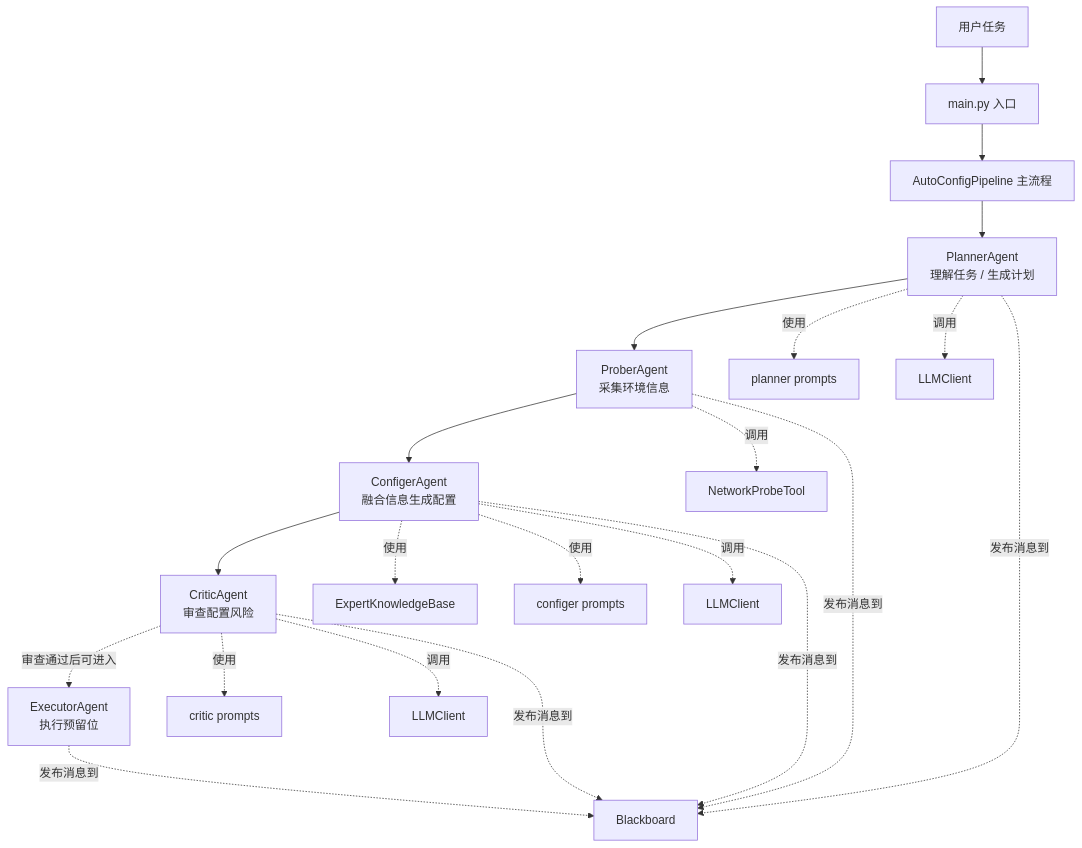
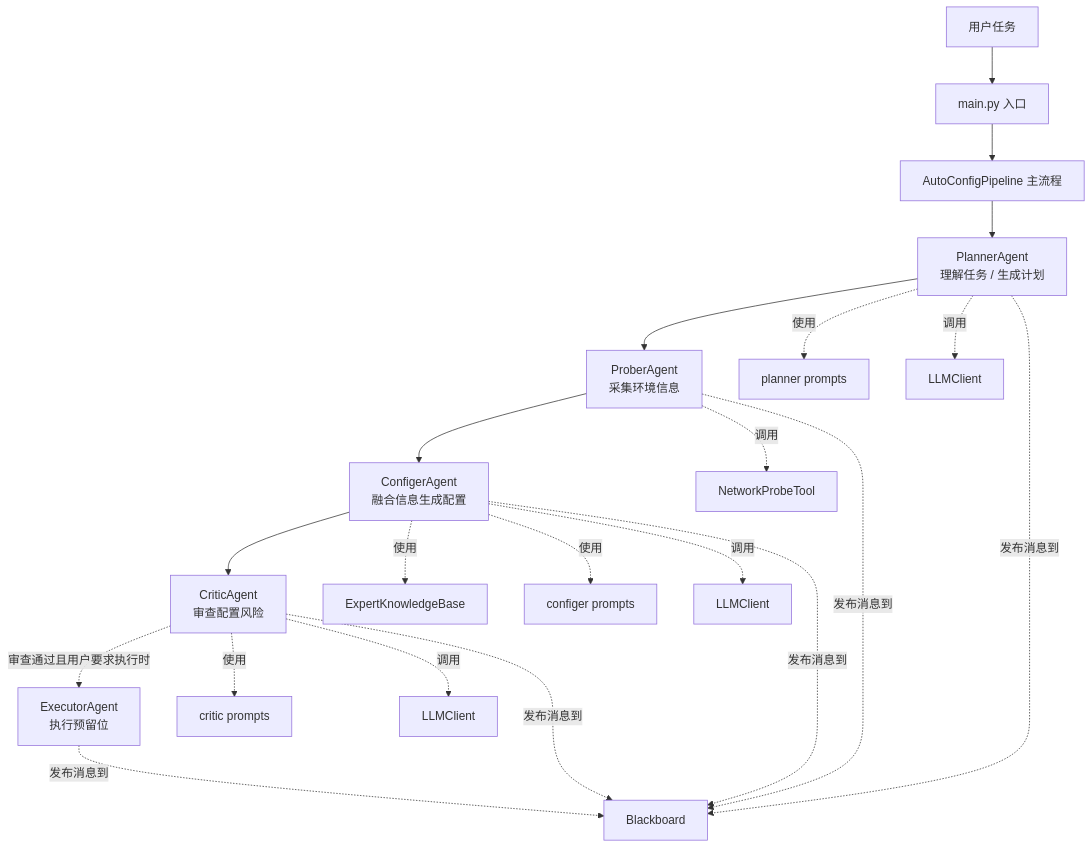
Before and after one commit to ZhengQu7777/AutoPriv: the first of 2 diagrams in docs/框架梳理.md, drawn with Mermaid. The commit also changed other lines of this file and 17 other files, not shown here.

````diff
--- a/docs/框架梳理.md
+++ b/docs/框架梳理.md
@@ -323,29 +323,29 @@
 ```mermaid
 flowchart TD
     U[用户任务] --> M[main.py 入口]
     M --> PIP[AutoConfigPipeline 主流程]
 
     PIP --> PL[PlannerAgent<br/>理解任务 / 生成计划]
     PL --> PR[ProberAgent<br/>采集环境信息]
     PR --> CF[ConfigerAgent<br/>融合信息生成配置]
     CF --> CR[CriticAgent<br/>审查配置风险]
-    CR -. 审查通过后可进入 .-> EX[ExecutorAgent<br/>执行预留位]
+    CR -. 审查通过且用户要求执行时 .-> EX[ExecutorAgent<br/>执行预留位]
 
     PL -. 使用 .-> PROMPT1[planner prompts]
     PL -. 调用 .-> LLM1[LLMClient]
 
     PR -. 调用 .-> TOOL[NetworkProbeTool]
 
     CF -. 使用 .-> KB[ExpertKnowledgeBase]
     CF -. 使用 .-> PROMPT2[configer prompts]
     CF -. 调用 .-> LLM2[LLMClient]
 
     CR -. 使用 .-> PROMPT3[critic prompts]
     CR -. 调用 .-> LLM3[LLMClient]
 
     PL -. 发布消息到 .-> BB[Blackboard]
     PR -. 发布消息到 .-> BB
     CF -. 发布消息到 .-> BB
     CR -. 发布消息到 .-> BB
     EX -. 发布消息到 .-> BB
 ```
````
